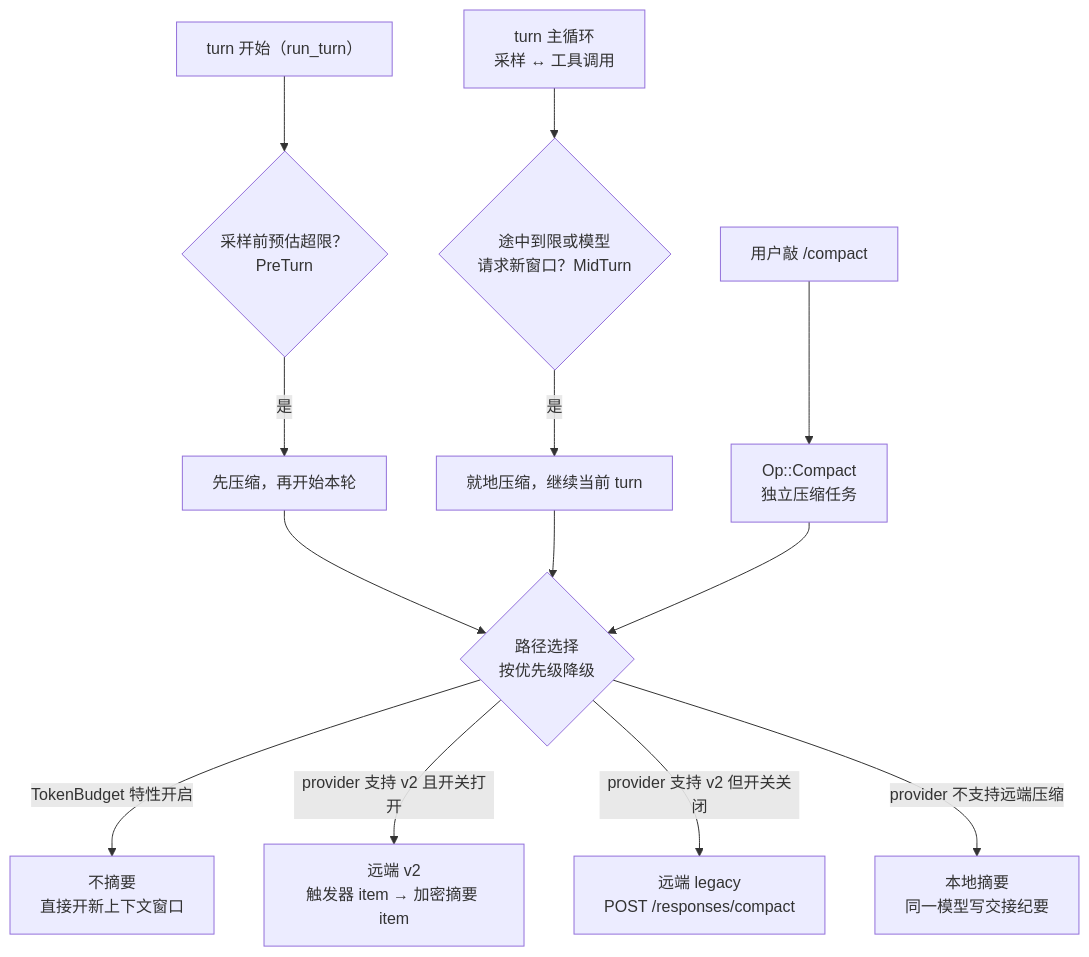
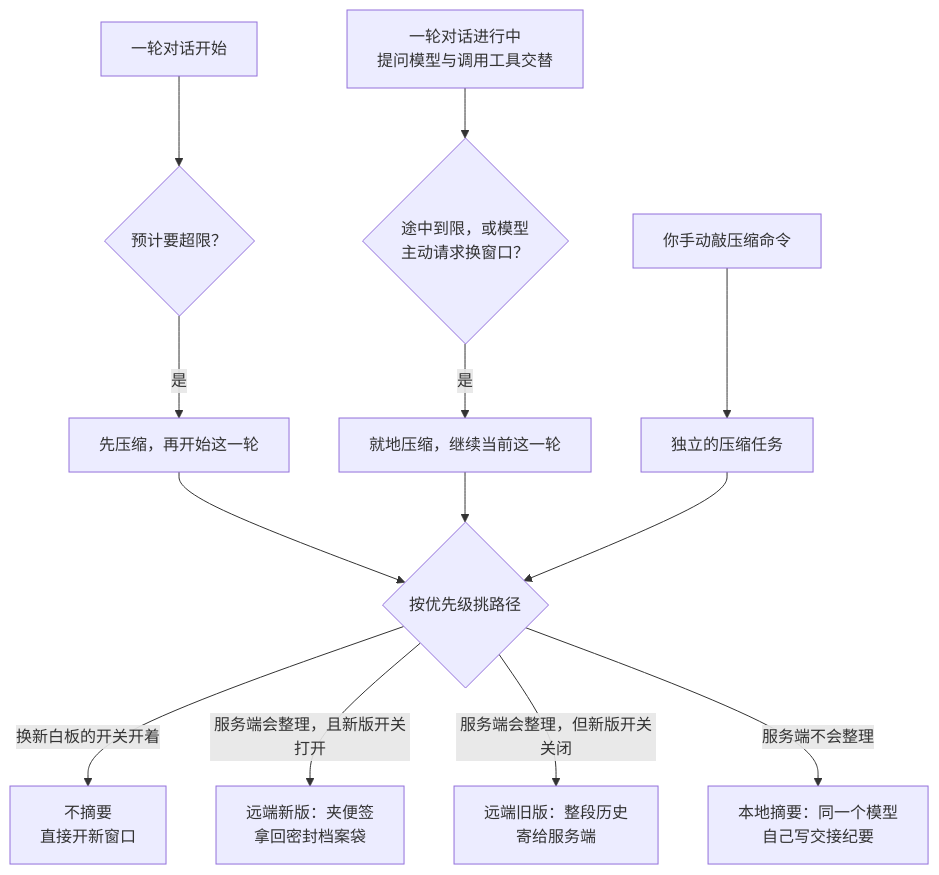
One commit to 13927/codex-book changed the diagram in src/part3/compaction.md. Above: the diagram before and after it, drawn with Mermaid. The commit also changed other lines of this file and 14 other files, not shown here.

````diff
--- a/src/part3/compaction.md
+++ b/src/part3/compaction.md
@@ -37,15 +35,15 @@
 ```mermaid
 flowchart TD
-    A["turn 开始（run_turn）"] --> B{"采样前预估超限？<br/>PreTurn"}
-    B -- "是" --> C["先压缩，再开始本轮"]
-    D["turn 主循环<br/>采样 ↔ 工具调用"] --> E{"途中到限或模型<br/>请求新窗口？MidTurn"}
-    E -- "是" --> F["就地压缩，继续当前 turn"]
-    U["用户敲 /compact"] --> G["Op::Compact<br/>独立压缩任务"]
-    C --> H{"路径选择<br/>按优先级降级"}
+    A["一轮对话开始"] --> B{"预计要超限？"}
+    B -- "是" --> C["先压缩，再开始这一轮"]
+    D["一轮对话进行中<br/>提问模型与调用工具交替"] --> E{"途中到限，或模型<br/>主动请求换窗口？"}
+    E -- "是" --> F["就地压缩，继续当前这一轮"]
+    U["你手动敲压缩命令"] --> G["独立的压缩任务"]
+    C --> H{"按优先级挑路径"}
     F --> H
     G --> H
-    H -- "TokenBudget 特性开启" --> I["不摘要<br/>直接开新上下文窗口"]
-    H -- "provider 支持 v2 且开关打开" --> J["远端 v2<br/>触发器 item → 加密摘要 item"]
-    H -- "provider 支持 v2 但开关关闭" --> K["远端 legacy<br/>POST /responses/compact"]
-    H -- "provider 不支持远端压缩" --> L["本地摘要<br/>同一模型写交接纪要"]
+    H -- "换新白板的开关开着" --> I["不摘要<br/>直接开新窗口"]
+    H -- "服务端会整理，且新版开关打开" --> J["远端新版：夹便签<br/>拿回密封档案袋"]
+    H -- "服务端会整理，但新版开关关闭" --> K["远端旧版：整段历史<br/>寄给服务端"]
+    H -- "服务端不会整理" --> L["本地摘要：同一个模型<br/>自己写交接纪要"]
 ```
````
